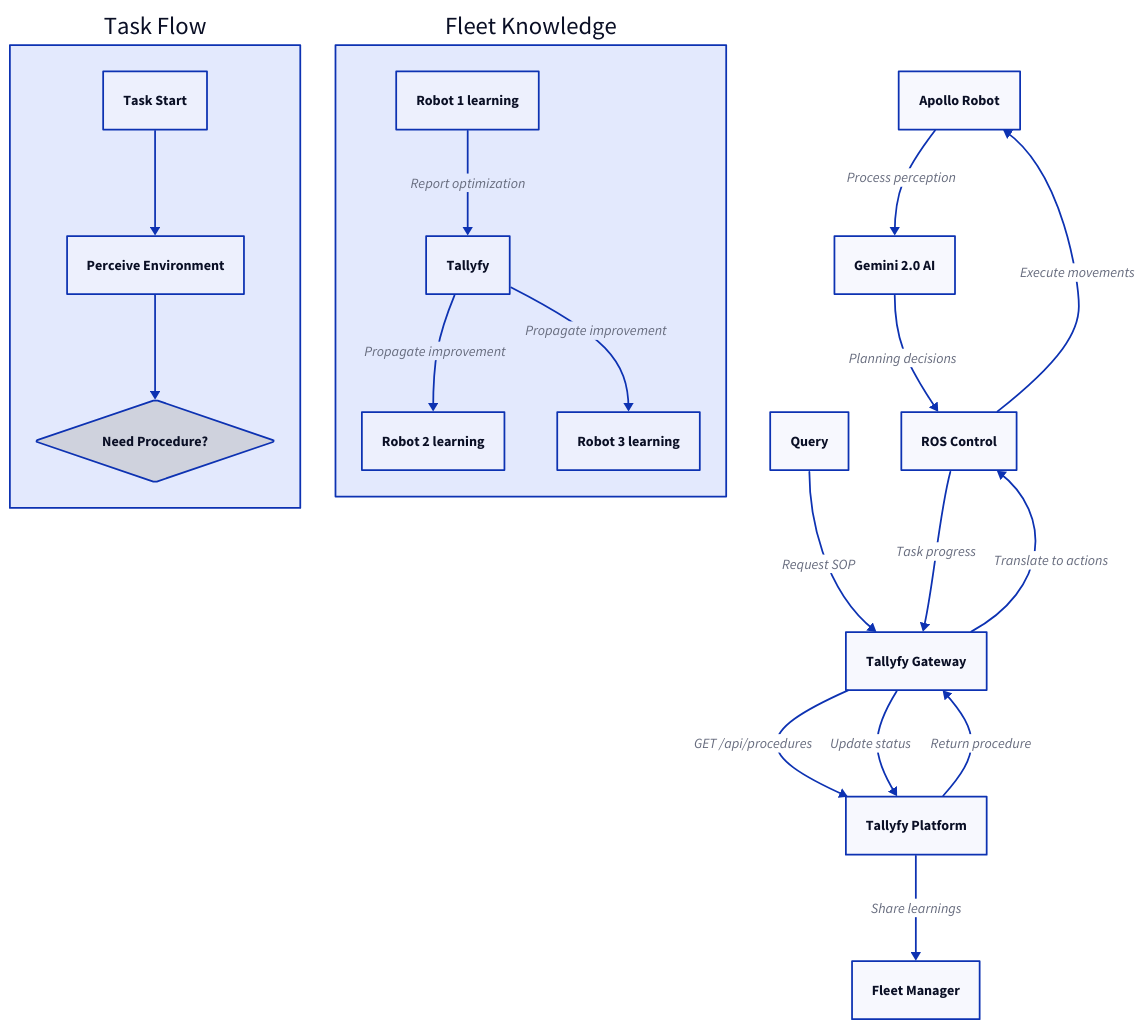
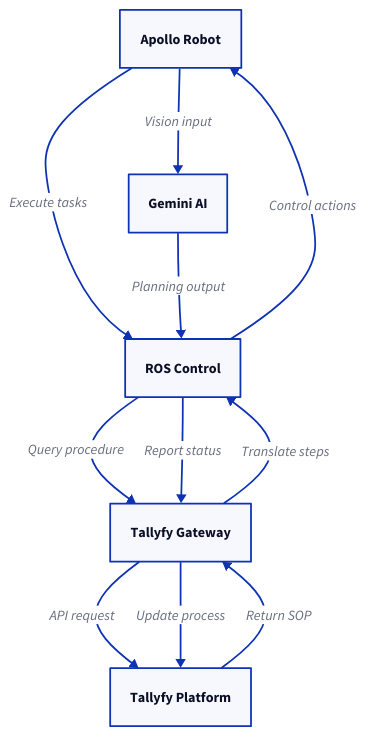
One commit to tallyfy/documentation changed the diagram in src/content/docs/pro/integrations/robotics/apptronik.mdx. Above: the diagram before and after it, drawn with D2. The commit also changed other lines of this file and 10 other files, not shown here.

````diff
--- a/src/content/docs/pro/integrations/robotics/apptronik.mdx
+++ b/src/content/docs/pro/integrations/robotics/apptronik.mdx
@@ -186,41 +100,20 @@
 ```d2
 Apollo: Apollo Robot
-Gemini: Gemini 2.0 AI
+Gemini: Gemini AI
 ROS: ROS Control
 Gateway: Tallyfy Gateway
 Tallyfy: Tallyfy Platform
-Fleet: Fleet Manager
 
-Task Flow: {
-  Start: Task Start
-  Perceive: Perceive Environment
-  Query: Need Procedure? {
-    shape: diamond
-  }
+Apollo -> ROS: Execute tasks
+ROS -> Gateway: Query procedure
+Gateway -> Tallyfy: API request
+Tallyfy -> Gateway: Return SOP
+Gateway -> ROS: Translate steps
+ROS -> Apollo: Control actions
 
-  Start -> Perceive
-  Perceive -> Query
-}
+Apollo -> Gemini: Vision input
+Gemini -> ROS: Planning output
 
-Query -> Gateway: Request SOP
-Gateway -> Tallyfy: GET /api/procedures
-Tallyfy -> Gateway: Return procedure
-Gateway -> ROS: Translate to actions
-
-ROS -> Apollo: Execute movements
-Apollo -> Gemini: Process perception
-Gemini -> ROS: Planning decisions
-ROS -> Gateway: Task progress
-Gateway -> Tallyfy: Update status
-Tallyfy -> Fleet: Share learnings
-
-Fleet Knowledge: {
-  Apollo1: Robot 1 learning
-  Apollo2: Robot 2 learning
-  Apollo3: Robot 3 learning
-
-  Apollo1 -> Tallyfy: Report optimization
-  Tallyfy -> Apollo2: Propagate improvement
-  Tallyfy -> Apollo3: Propagate improvement
-}
+ROS -> Gateway: Report status
+Gateway -> Tallyfy: Update process
 ```
````
